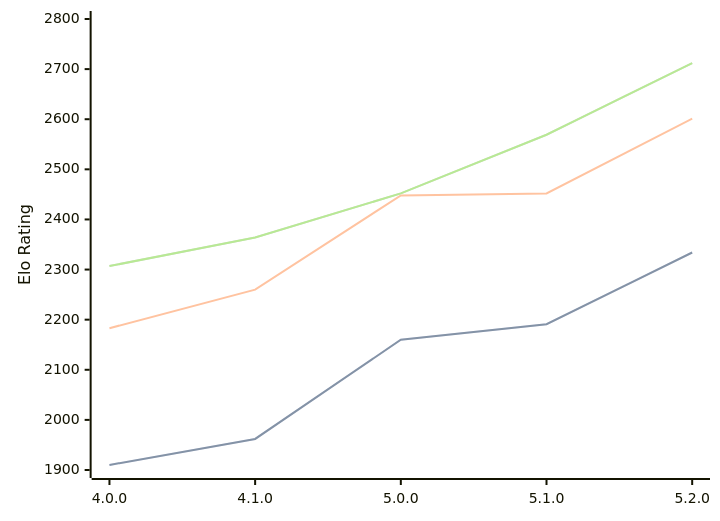
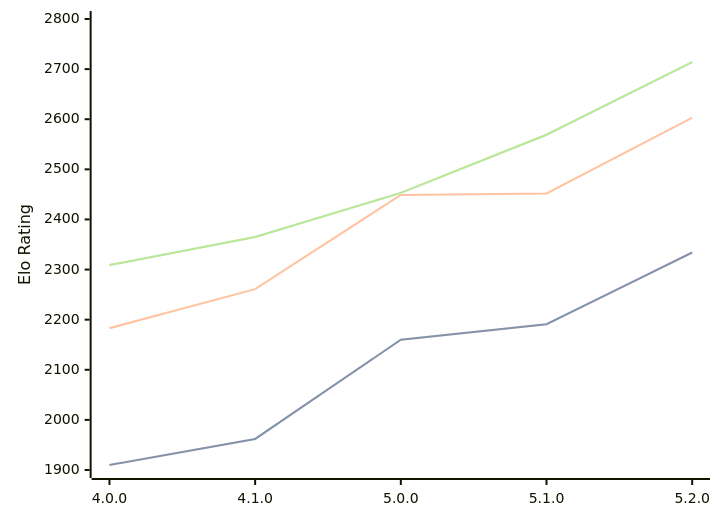
Before and after one commit to computer-chess-index/cci: the diagram in engines/Aconcagua.md, drawn with Mermaid. The commit also changed other lines of this file, not shown here.

Commit message:
Update CCI Ratings (ELO VLTC) - 2026-09-13

````diff
--- a/engines/Aconcagua.md
+++ b/engines/Aconcagua.md
@@ -35,11 +35,11 @@
 ```mermaid
 %%{init: {"theme":"base","themeVariables":{"seriesColors:['#a3a3a3','#222221','#faa371']}}}%%
 xychart-beta
   x-axis ["4.0.0", "4.1.0", "5.0.0", "5.1.0", "5.2.0"]
   y-axis "Elo Rating" 1900 --> 2800
   line "" [1910, 1962, 2160, 2191, 2334]
   line "STC (8.0+0.08s)" [1910, 1962, 2160, 2191, 2334]
-  line "LTC (60.0+0.60s)" [2183, 2260, 2448, 2452, 2601]
-  line "" [2307, 2364, 2452, 2569, 2712]
-  line "VLTC (2m24s+1.12s)" [2307, 2364, 2452, 2569, 2712]
+  line "LTC (60.0+0.60s)" [2183, 2261, 2449, 2452, 2603]
+  line "" [2309, 2365, 2453, 2569, 2714]
+  line "VLTC (2m24s+1.12s)" [2309, 2365, 2453, 2569, 2714]
 ```
````
